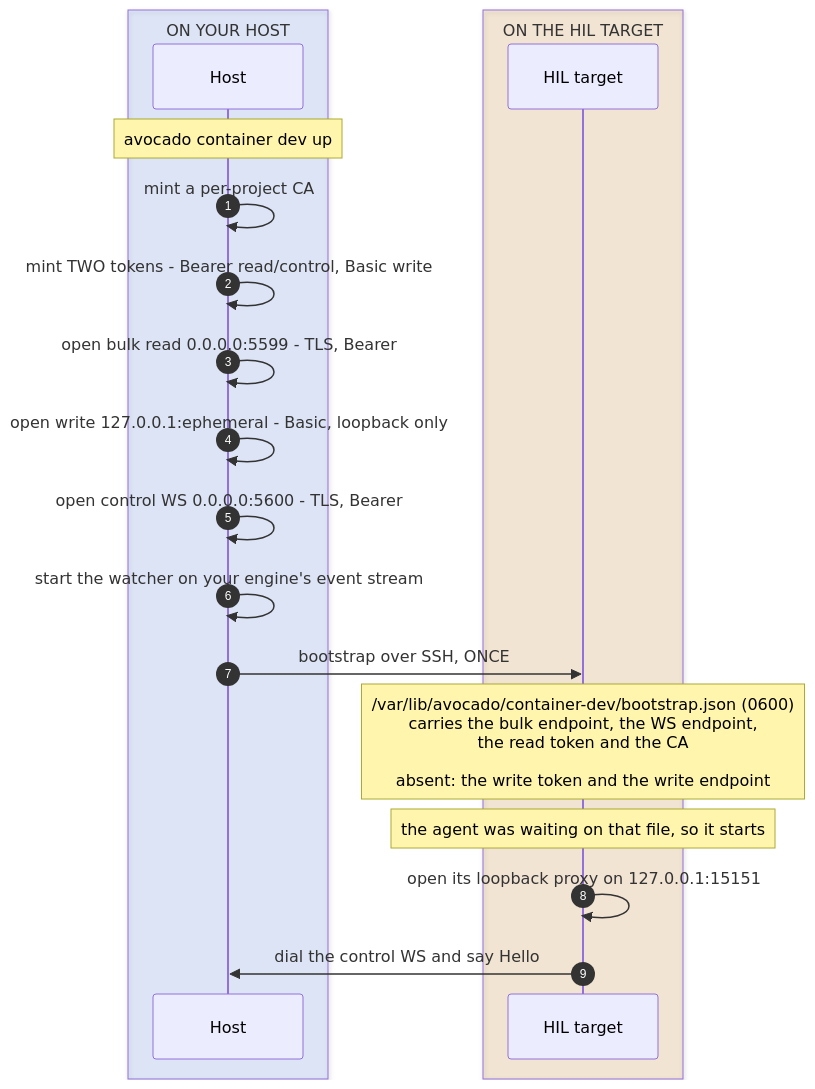
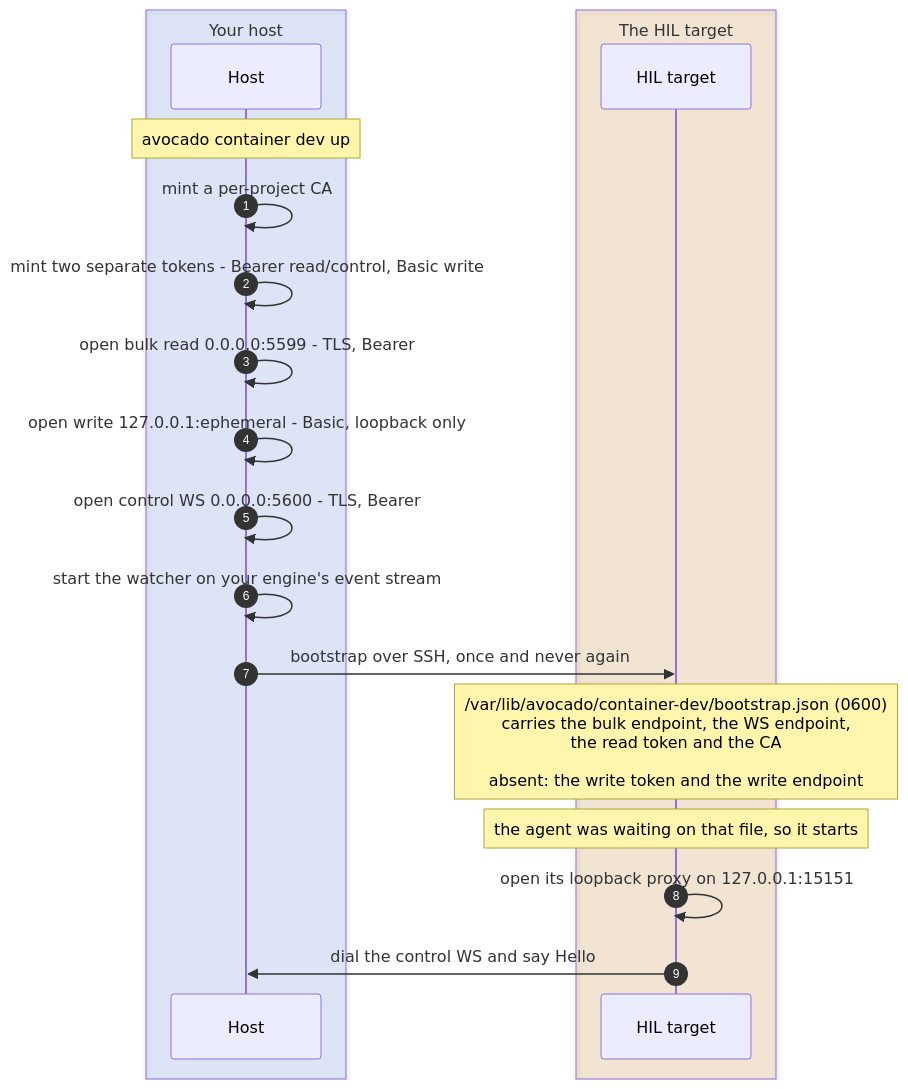
The third of 5 diagrams in src/docs-guides/container-dev-mode.md (peridio/docs), drawn with Mermaid before and after one commit. The commit also changed other lines of this file, not shown here.

First line of the commit message:
docs-guides/container-dev-mode: stop the diagrams shouting

````diff
--- a/src/docs-guides/container-dev-mode.md
+++ b/src/docs-guides/container-dev-mode.md
@@ -226,25 +226,25 @@
 ```mermaid
 sequenceDiagram
     autonumber
-    box rgba(37,99,235,0.12) ON YOUR HOST
+    box rgba(37,99,235,0.12) Your host
     participant H as Host
     end
-    box rgba(217,119,6,0.14) ON THE HIL TARGET
+    box rgba(217,119,6,0.14) The HIL target
     participant T as HIL target
     end
 
     Note over H: avocado container dev up
     H->>H: mint a per-project CA
-    H->>H: mint TWO tokens - Bearer read/control, Basic write
+    H->>H: mint two separate tokens - Bearer read/control, Basic write
     H->>H: open bulk read 0.0.0.0:5599 - TLS, Bearer
     H->>H: open write 127.0.0.1:ephemeral - Basic, loopback only
     H->>H: open control WS 0.0.0.0:5600 - TLS, Bearer
     H->>H: start the watcher on your engine's event stream
 
-    H->>T: bootstrap over SSH, ONCE
+    H->>T: bootstrap over SSH, once and never again
     Note over T: /var/lib/avocado/container-dev/bootstrap.json (0600)<br/>carries the bulk endpoint, the WS endpoint,<br/>the read token and the CA<br/><br/>absent: the write token and the write endpoint
 
     Note over T: the agent was waiting on that file, so it starts
     T->>T: open its loopback proxy on 127.0.0.1:15151
     T->>H: dial the control WS and say Hello
 ```
````
